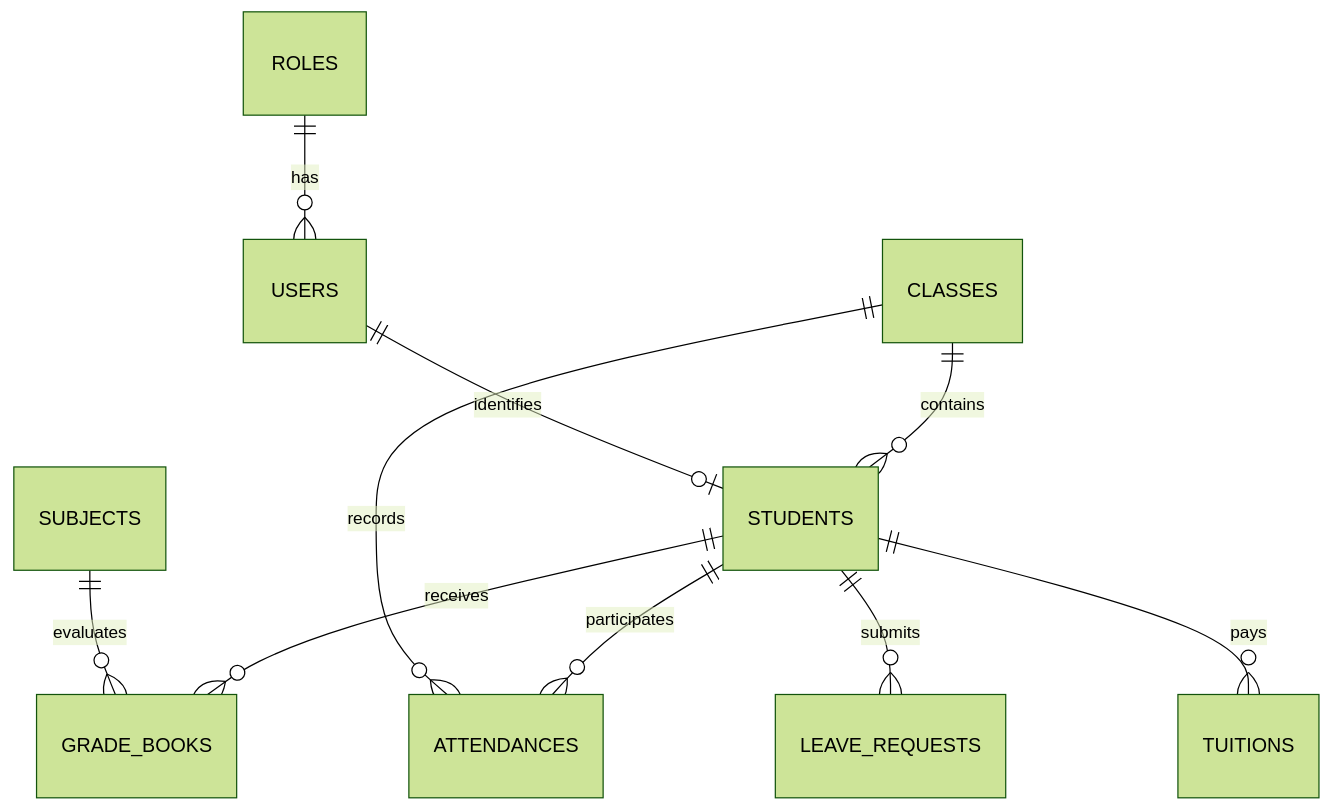
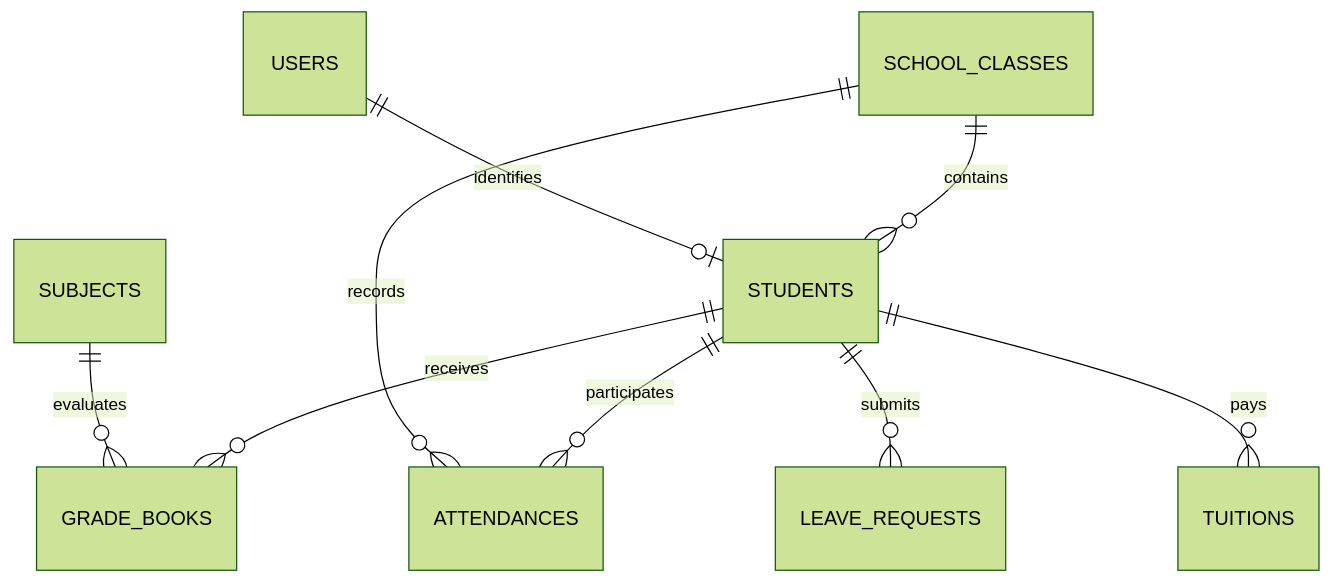
One commit to DYBInh2k5/Phat-Trien-Du-An-Phan-Mem changed the diagram in docs/CHI_TIET_CONG_NGHE_HE_THONG.md. Above: the diagram before and after it, drawn with Mermaid (forest theme). The commit also changed other lines of this file, not shown here.

````diff
--- a/docs/CHI_TIET_CONG_NGHE_HE_THONG.md
+++ b/docs/CHI_TIET_CONG_NGHE_HE_THONG.md
@@ -134,12 +181,11 @@
 ```mermaid
 erDiagram
-    ROLES ||--o{ USERS : "has"
     USERS ||--o| STUDENTS : "identifies"
-    CLASSES ||--o{ STUDENTS : "contains"
-    CLASSES ||--o{ ATTENDANCES : "records"
+    SCHOOL_CLASSES ||--o{ STUDENTS : "contains"
+    SCHOOL_CLASSES ||--o{ ATTENDANCES : "records"
     SUBJECTS ||--o{ GRADE_BOOKS : "evaluates"
     STUDENTS ||--o{ GRADE_BOOKS : "receives"
     STUDENTS ||--o{ ATTENDANCES : "participates"
     STUDENTS ||--o{ LEAVE_REQUESTS : "submits"
     STUDENTS ||--o{ TUITIONS : "pays"
 ```
````
